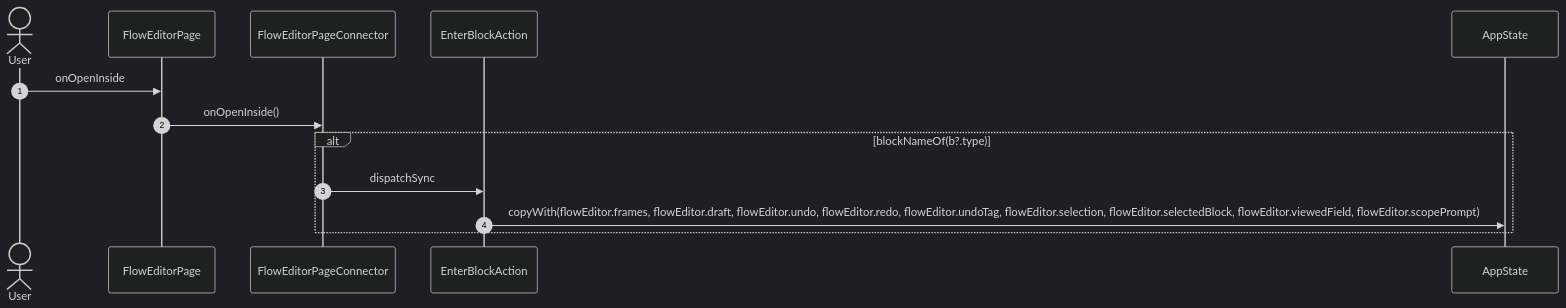
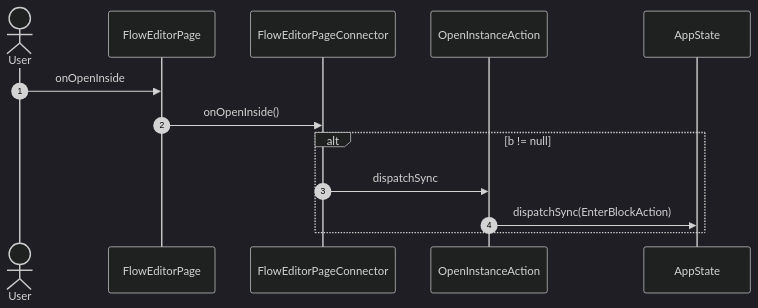
Diagram 12 of 42 in studio/docs/flows/flowEditor.md (gencto/wyrm), drawn with Mermaid (dark theme) before and after one commit. The commit also changed other lines of this file and 49 other files, not shown here.

````diff
--- a/studio/docs/flows/flowEditor.md
+++ b/studio/docs/flows/flowEditor.md
@@ -248,16 +224,16 @@
 ```mermaid
 sequenceDiagram
     autonumber
     actor User
     participant UI as FlowEditorPage
     participant VM as FlowEditorPageConnector
-    participant A1 as EnterBlockAction
+    participant A1 as OpenInstanceAction
     participant ST as AppState
 
     User->>UI: onOpenInside
     UI->>VM: onOpenInside()
-    alt blockNameOf(b?.type)
+    alt b != null
         VM->>A1: dispatchSync
-        A1->>ST: copyWith(flowEditor.frames, flowEditor.draft, flowEditor.undo, flowEditor.redo, flowEditor.undoTag, flowEditor.selection, flowEditor.selectedBlock, flowEditor.viewedField, flowEditor.scopePrompt)
+        A1->>ST: dispatchSync(EnterBlockAction)
     end
 ```
````
